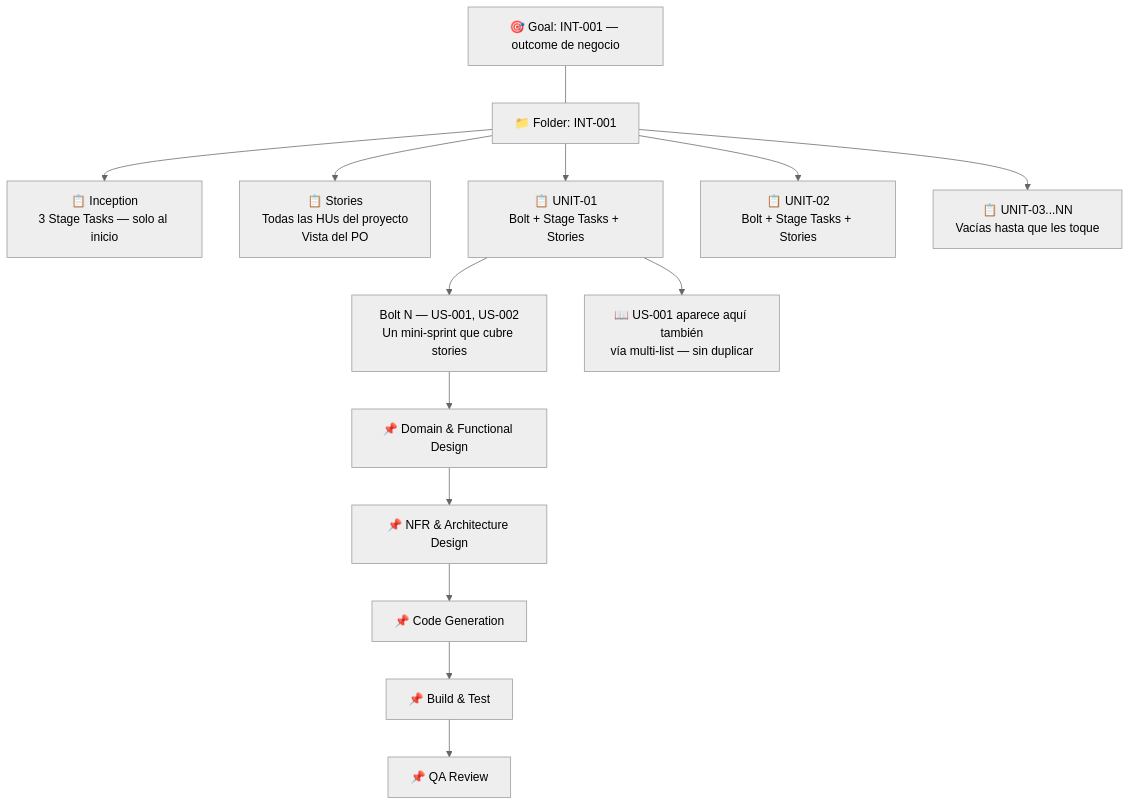
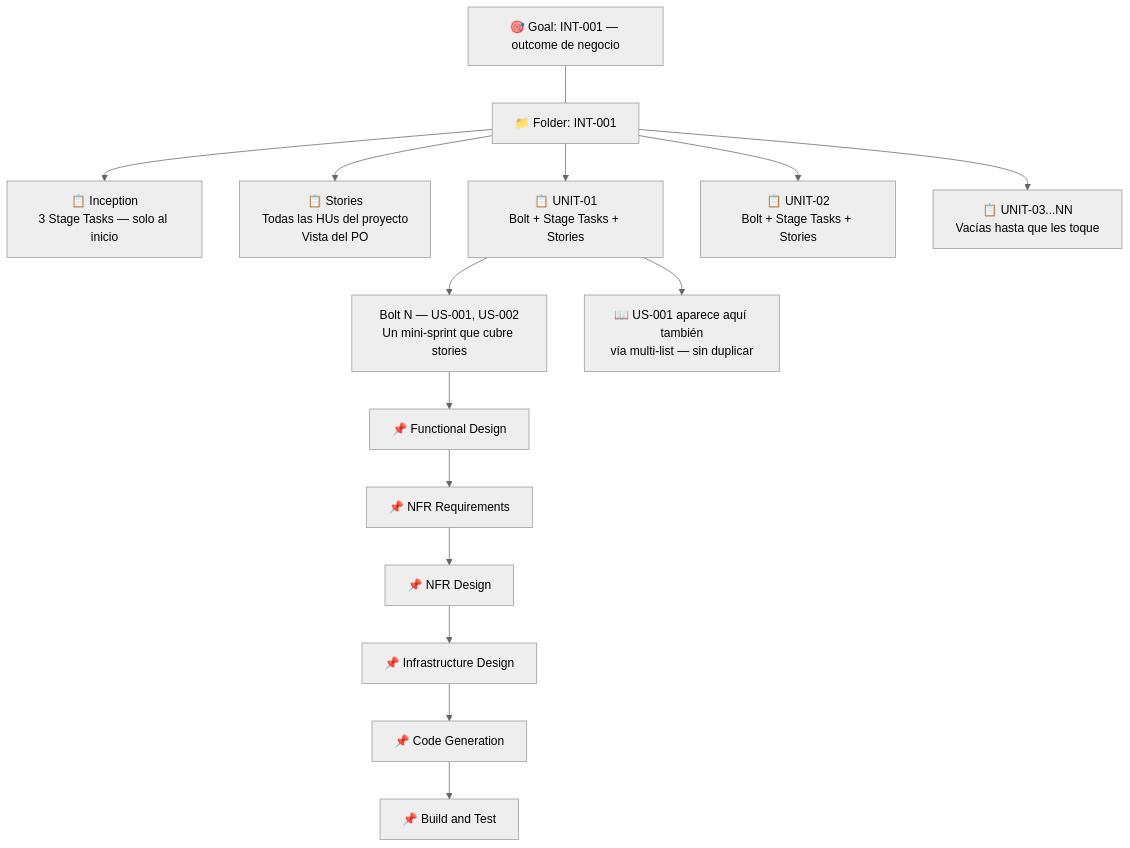
The first of 2 diagrams in docs/CLICKUP-ROLES.md (carconnect-ec/aidlc-workflows), drawn with Mermaid (neutral theme) before and after one commit. The commit also changed other lines of this file and 1 other file, not shown here.

````diff
--- a/docs/CLICKUP-ROLES.md
+++ b/docs/CLICKUP-ROLES.md
@@ -9,27 +9,28 @@
 ```mermaid
 graph TD
     GOAL["🎯 Goal: INT-001 — outcome de negocio"]
     FOLDER["📁 Folder: INT-001"]
     INC["📋 Inception\n3 Stage Tasks — solo al inicio"]
     STR["📋 Stories\nTodas las HUs del proyecto\nVista del PO"]
     U1["📋 UNIT-01\nBolt + Stage Tasks + Stories"]
     U2["📋 UNIT-02\nBolt + Stage Tasks + Stories"]
     UN["📋 UNIT-03...NN\nVacías hasta que les toque"]
     BOLT["Bolt N — US-001, US-002\nUn mini-sprint que cubre stories"]
-    D1["📌 Domain & Functional Design"]
-    D2["📌 NFR & Architecture Design"]
-    D3["📌 Code Generation"]
-    D4["📌 Build & Test"]
-    D5["📌 QA Review"]
+    D1["📌 Functional Design"]
+    D2["📌 NFR Requirements"]
+    D3["📌 NFR Design"]
+    D4["📌 Infrastructure Design"]
+    D5["📌 Code Generation"]
+    D6["📌 Build and Test"]
     US["📖 US-001 aparece aquí también\nvía multi-list — sin duplicar"]
 
     GOAL --- FOLDER
     FOLDER --> INC
     FOLDER --> STR
     FOLDER --> U1
     FOLDER --> U2
     FOLDER --> UN
     U1 --> BOLT
-    BOLT --> D1 --> D2 --> D3 --> D4 --> D5
+    BOLT --> D1 --> D2 --> D3 --> D4 --> D5 --> D6
     U1 --> US
 ```
````
